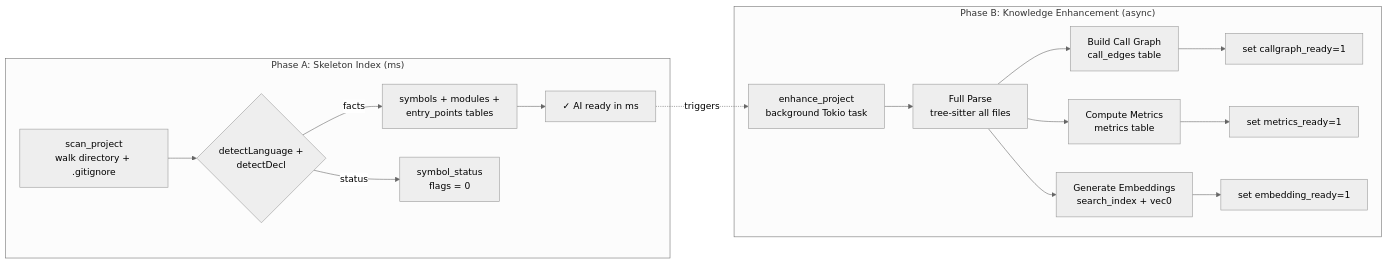
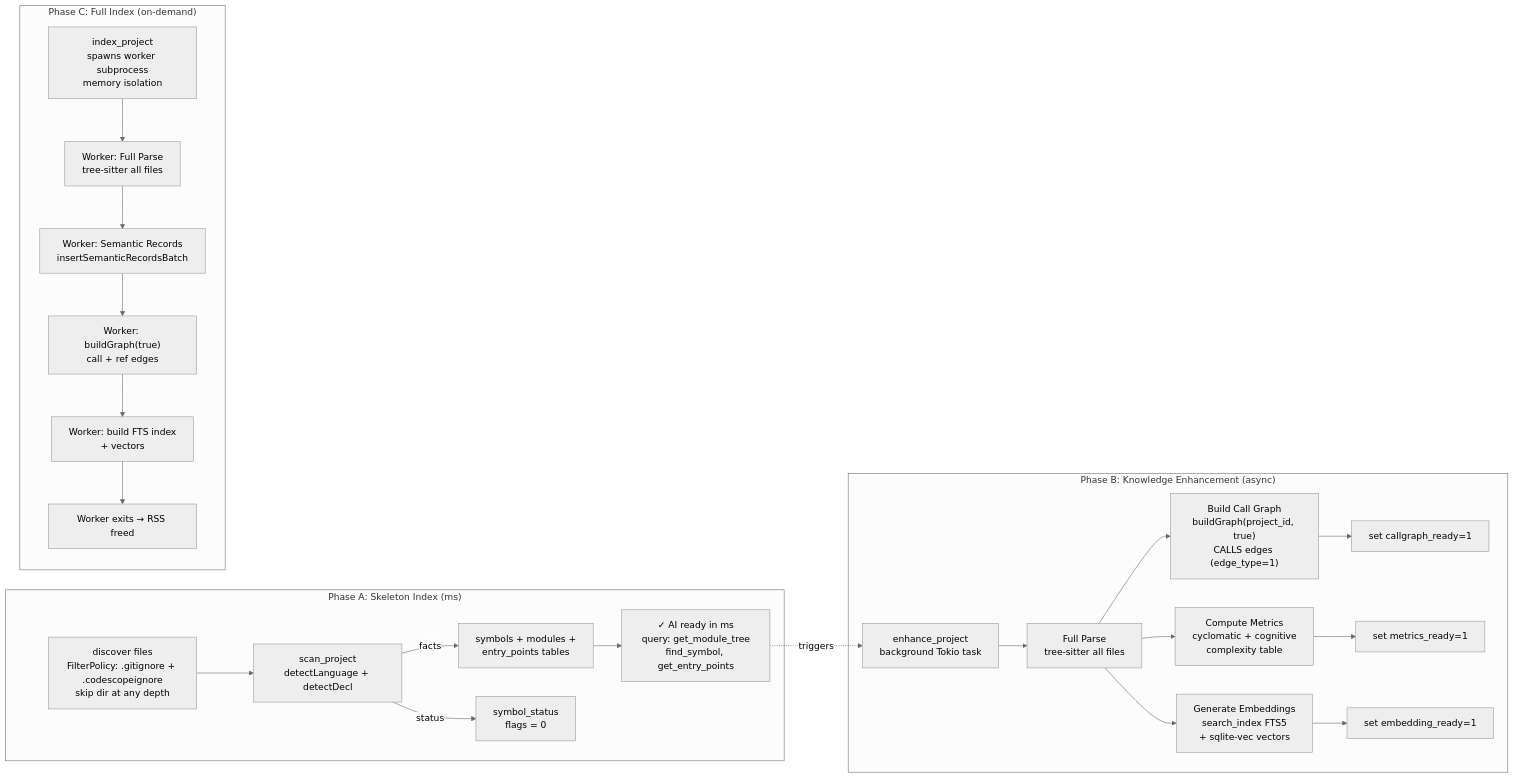
One commit to Timwood0x10/CodeScope changed the second of 4 diagrams in README.md. Above: the diagram before and after it, drawn with Mermaid (neutral theme). The commit also changed other lines of this file and 14 other files, not shown here.

````diff
--- a/README.md
+++ b/README.md
@@ -50,21 +61,29 @@
 ```mermaid
 flowchart LR
     subgraph "Phase A: Skeleton Index (ms)"
-        A1["scan_project<br/>walk directory + .gitignore"] --> A2{"detectLanguage +<br/>detectDecl"}
-        A2 -->|"facts"| A3["symbols + modules +<br/>entry_points tables"]
-        A2 -->|"status"| A4["symbol_status<br/>flags = 0"]
-        A3 --> A5["✓ AI ready in ms"]
+        A0["discover files<br/>FilterPolicy: .gitignore + .codescopeignore<br/>skip dir at any depth"] --> A1["scan_project<br/>detectLanguage + detectDecl"]
+        A1 -->|"facts"| A2["symbols + modules +<br/>entry_points tables"]
+        A1 -->|"status"| A3["symbol_status<br/>flags = 0"]
+        A2 --> A4["✓ AI ready in ms<br/>query: get_module_tree<br/>find_symbol, get_entry_points"]
     end
 
     subgraph "Phase B: Knowledge Enhancement (async)"
         B1["enhance_project<br/>background Tokio task"] --> B2["Full Parse<br/>tree-sitter all files"]
-        B2 --> B3["Build Call Graph<br/>call_edges table"]
-        B2 --> B4["Compute Metrics<br/>metrics table"]
-        B2 --> B5["Generate Embeddings<br/>search_index + vec0"]
+        B2 --> B3["Build Call Graph<br/>buildGraph(project_id, true)<br/>CALLS edges (edge_type=1)"]
+        B2 --> B4["Compute Metrics<br/>cyclomatic + cognitive<br/>complexity table"]
+        B2 --> B5["Generate Embeddings<br/>search_index FTS5<br/>+ sqlite-vec vectors"]
         B3 --> B6["set callgraph_ready=1"]
         B4 --> B7["set metrics_ready=1"]
         B5 --> B8["set embedding_ready=1"]
     end
 
-    A5 -.->|"triggers"| B1
+    subgraph "Phase C: Full Index (on-demand)"
+        C1["index_project<br/>spawns worker subprocess<br/>memory isolation"] --> C2["Worker: Full Parse<br/>tree-sitter all files"]
+        C2 --> C3["Worker: Semantic Records<br/>insertSemanticRecordsBatch"]
+        C3 --> C4["Worker: buildGraph(true)<br/>call + ref edges"]
+        C4 --> C5["Worker: build FTS index<br/>+ vectors"]
+        C5 --> C6["Worker exits → RSS freed"]
+    end
+
+    A4 -.->|"triggers"| B1
 ```
````
